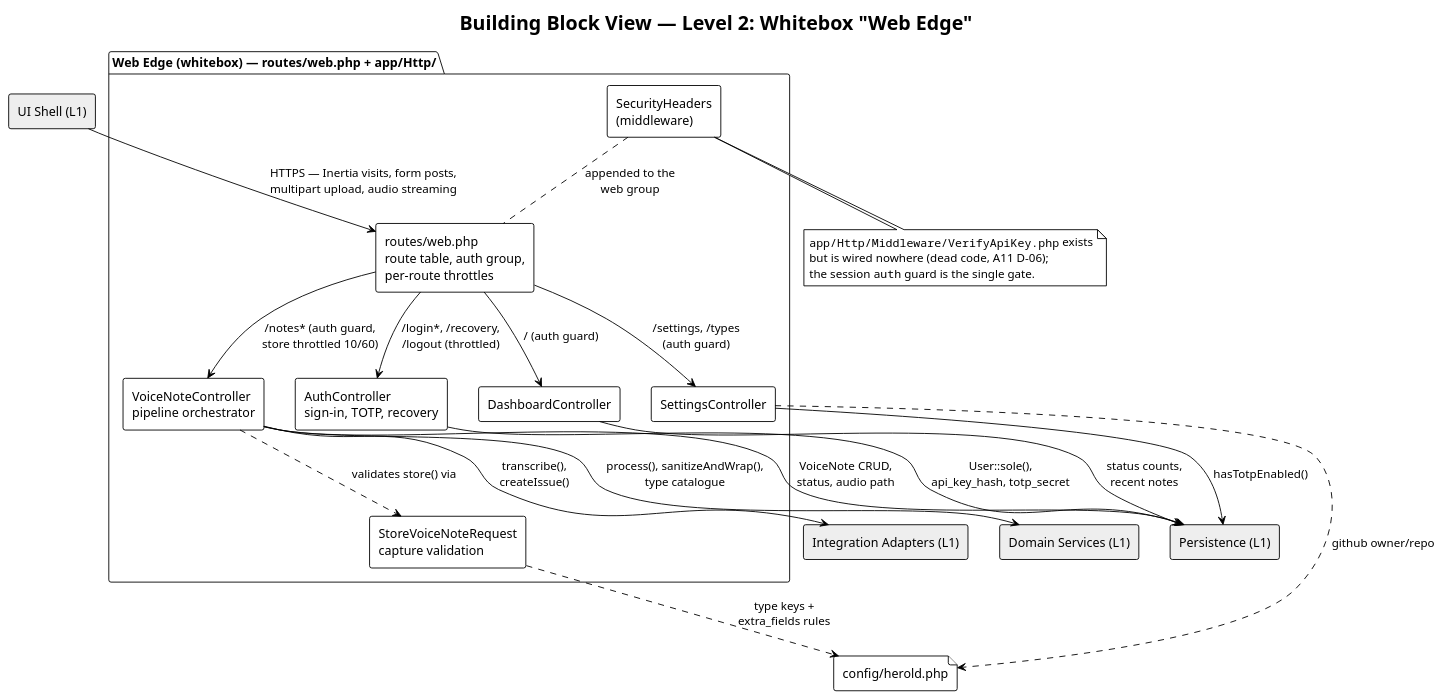
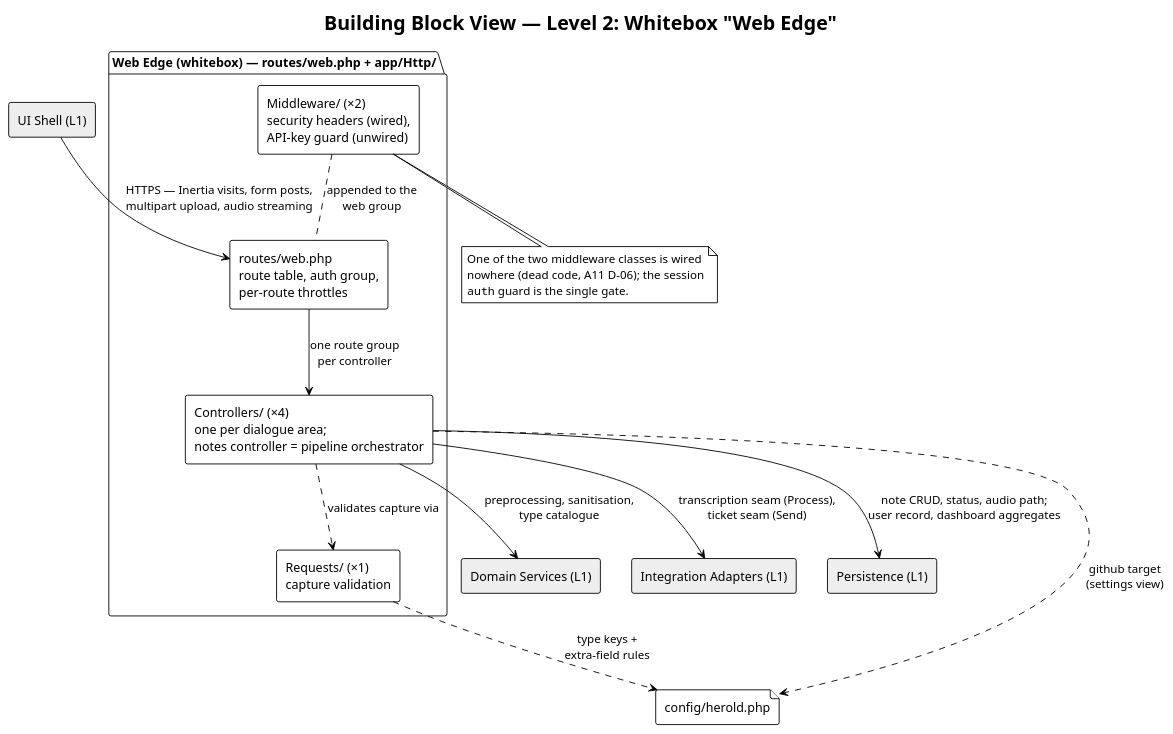
The diagram in docs/arch/diagrams/a05-l2-web-edge.plantuml (carstenlucke/herold), drawn with PlantUML before and after one commit. The commit also changed 6 other files, not shown here.

```diff
--- a/docs/arch/diagrams/a05-l2-web-edge.plantuml
+++ b/docs/arch/diagrams/a05-l2-web-edge.plantuml
@@ -1,46 +1,37 @@
 @startuml a05-l2-web-edge
 !theme plain
 skinparam componentStyle rectangle
 
 title Building Block View — Level 2: Whitebox "Web Edge"
 
 package "Web Edge (whitebox) — routes/web.php + app/Http/" {
   [routes/web.php\nroute table, auth group,\nper-route throttles] as routes
-  [AuthController\nsign-in, TOTP, recovery] as auth
-  [VoiceNoteController\npipeline orchestrator] as vnc
-  [DashboardController] as dash
-  [SettingsController] as settings
-  [StoreVoiceNoteRequest\ncapture validation] as svr
-  [SecurityHeaders\n(middleware)] as sech
+  [Controllers/ (×4)\none per dialogue area;\nnotes controller = pipeline orchestrator] as ctrl
+  [Requests/ (×1)\ncapture validation] as req
+  [Middleware/ (×2)\nsecurity headers (wired),\nAPI-key guard (unwired)] as mw
 }
 
 ' Level-1 neighbours of this whitebox (blackboxes here)
 rectangle "UI Shell (L1)" as ui #EEEEEE
 rectangle "Domain Services (L1)" as domain #EEEEEE
 rectangle "Integration Adapters (L1)" as adapters #EEEEEE
 rectangle "Persistence (L1)" as persistence #EEEEEE
 file "config/herold.php" as cfg
 
 ui --> routes : HTTPS — Inertia visits, form posts,\nmultipart upload, audio streaming
-routes --> auth : /login*, /recovery,\n/logout (throttled)
-routes --> vnc : /notes* (auth guard,\nstore throttled 10/60)
-routes --> dash : / (auth guard)
-routes --> settings : /settings, /types\n(auth guard)
-sech .. routes : appended to the\nweb group
-vnc ..> svr : validates store() via
-svr ..> cfg : type keys +\nextra_fields rules
-vnc --> domain : process(), sanitizeAndWrap(),\ntype catalogue
-vnc --> adapters : transcribe(),\ncreateIssue()
-vnc --> persistence : VoiceNote CRUD,\nstatus, audio path
-auth --> persistence : User::sole(),\napi_key_hash, totp_secret
-dash --> persistence : status counts,\nrecent notes
-settings --> persistence : hasTotpEnabled()
-settings ..> cfg : github owner/repo
+routes --> ctrl : one route group\nper controller
+mw .. routes : appended to the\nweb group
+ctrl ..> req : validates capture via
+req ..> cfg : type keys +\nextra-field rules
+ctrl --> domain : preprocessing, sanitisation,\ntype catalogue
+ctrl --> adapters : transcription seam (Process),\nticket seam (Send)
+ctrl --> persistence : note CRUD, status, audio path;\nuser record, dashboard aggregates
+ctrl ..> cfg : github target\n(settings view)
 
-note bottom of sech
-  ""app/Http/Middleware/VerifyApiKey.php"" exists
-  but is wired nowhere (dead code, A11 D-06);
-  the session ""auth"" guard is the single gate.
+note bottom of mw
+  One of the two middleware classes is wired
+  nowhere (dead code, A11 D-06); the session
+  ""auth"" guard is the single gate.
 end note
 
 @enduml
```
